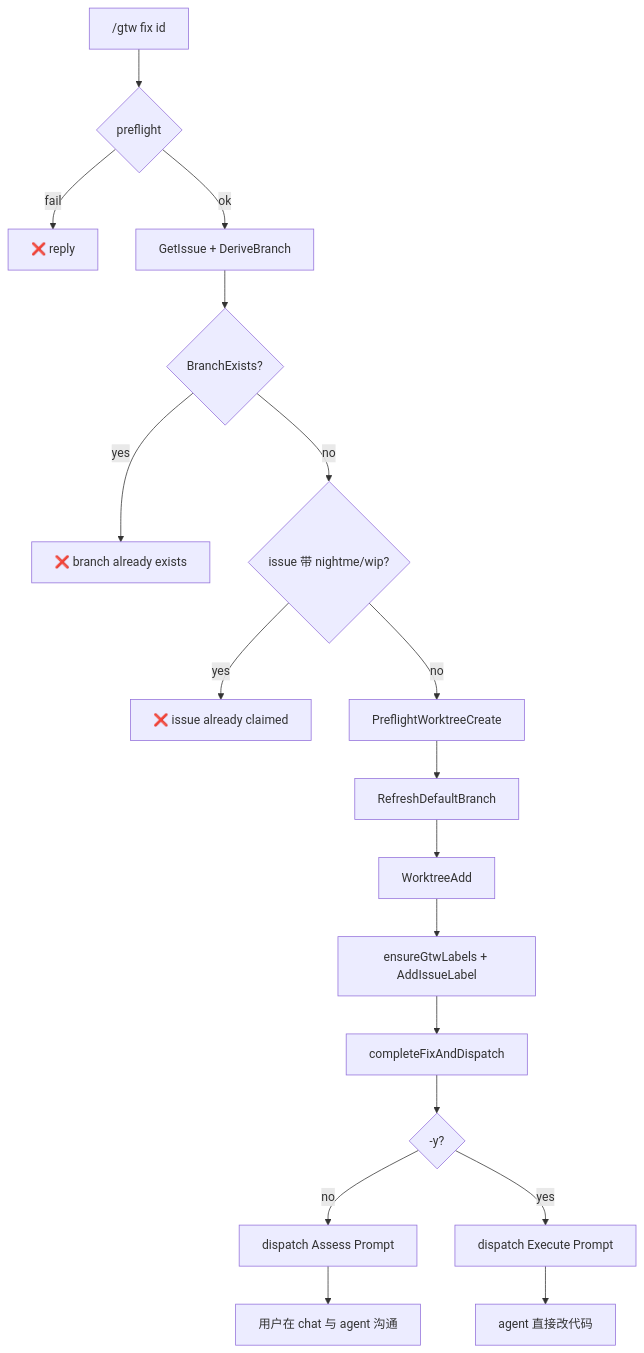
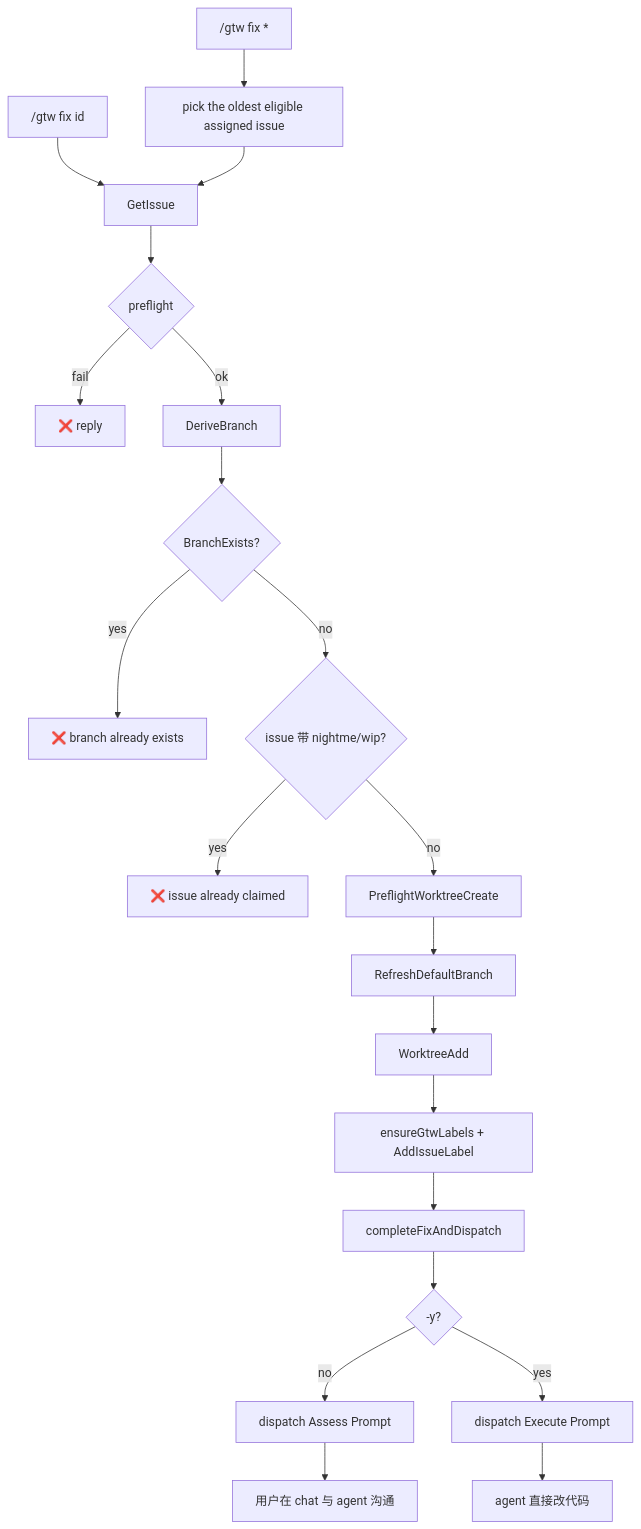
Before and after one commit to cnlangzi/nightme: the diagram in docs/feat/F-gtw-fix.md, drawn with Mermaid. The commit also changed other lines of this file and 19 other files, not shown here.

Commit message:
feat(gtw): pick the next assigned issue with /gtw fix * (#520)

````diff
--- a/docs/feat/F-gtw-fix.md
+++ b/docs/feat/F-gtw-fix.md
@@ -98,20 +167,23 @@
 ```mermaid
 flowchart TD
-    A["/gtw fix id"] --> B{preflight}
+    A["/gtw fix id"] --> A0["GetIssue"]
+    A1["/gtw fix *"] --> A2["pick the oldest eligible assigned issue"]
+    A2 --> A0
+    A0 --> B{preflight}
     B -->|fail| Z["❌ reply"]
-    B -->|ok| C["GetIssue + DeriveBranch"]
+    B -->|ok| C["DeriveBranch"]
     C --> D{BranchExists?}
     D -->|yes| E["❌ branch already exists"]
     D -->|no| G{issue 带 nightme/wip?}
     G -->|yes| H["❌ issue already claimed"]
     G -->|no| F["PreflightWorktreeCreate"]
     F --> I["RefreshDefaultBranch"]
     I --> J["WorktreeAdd"]
     J --> K["ensureGtwLabels + AddIssueLabel"]
     K --> L["completeFixAndDispatch"]
     L --> M{"-y?"}
     M -->|no| N["dispatch Assess Prompt"]
     M -->|yes| O["dispatch Execute Prompt"]
     N --> P["用户在 chat 与 agent 沟通"]
     O --> Q["agent 直接改代码"]
 ```
````
